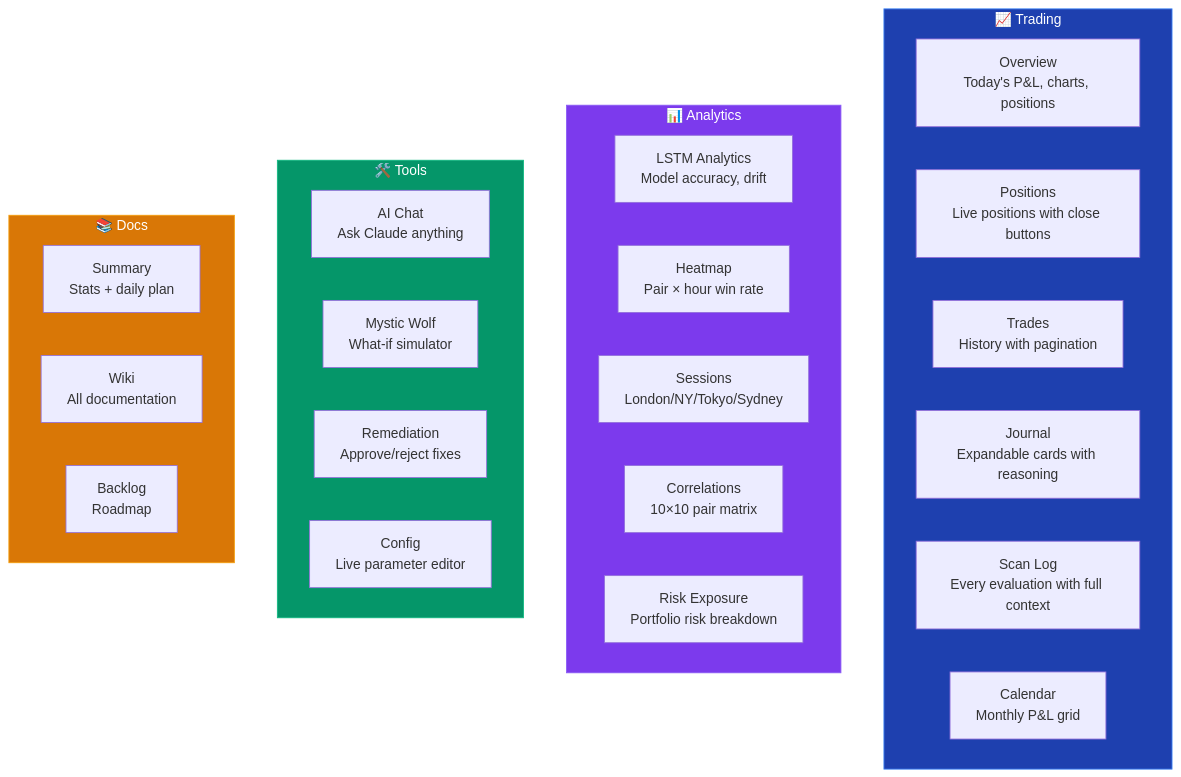
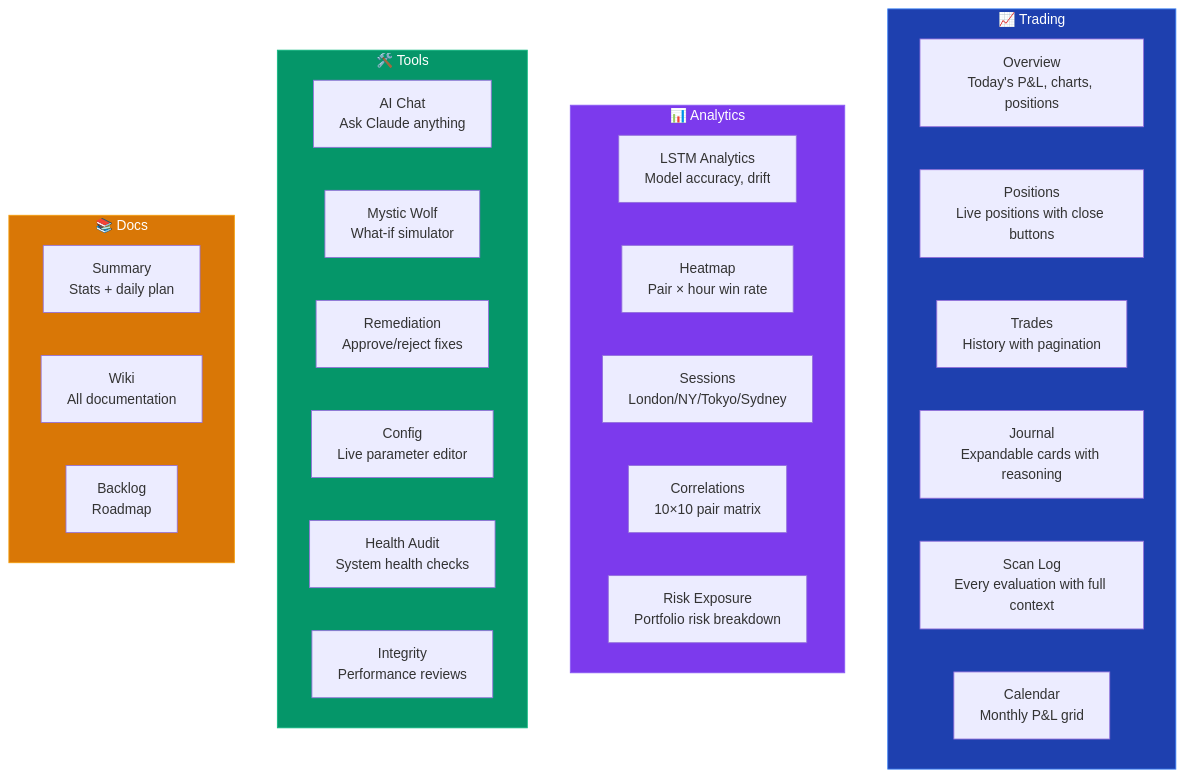
Before and after one commit to joegooderham/ai-trader-bot: the first of 2 diagrams in docs/Dashboard.md, drawn with Mermaid. The commit also changed other lines of this file and 8 other files, not shown here.

````diff
--- a/docs/Dashboard.md
+++ b/docs/Dashboard.md
@@ -9,37 +9,39 @@
 ```mermaid
 graph TB
     subgraph Trading["📈 Trading"]
         O["Overview<br/>Today's P&L, charts, positions"]
         P["Positions<br/>Live positions with close buttons"]
         T["Trades<br/>History with pagination"]
         J["Journal<br/>Expandable cards with reasoning"]
         S["Scan Log<br/>Every evaluation with full context"]
         CAL["Calendar<br/>Monthly P&L grid"]
     end
 
     subgraph Analytics["📊 Analytics"]
         LA["LSTM Analytics<br/>Model accuracy, drift"]
         HM["Heatmap<br/>Pair × hour win rate"]
         SESS["Sessions<br/>London/NY/Tokyo/Sydney"]
         CORR["Correlations<br/>10×10 pair matrix"]
         RISK["Risk Exposure<br/>Portfolio risk breakdown"]
     end
 
     subgraph Tools["🛠️ Tools"]
         CHAT["AI Chat<br/>Ask Claude anything"]
         MW["Mystic Wolf<br/>What-if simulator"]
         REM["Remediation<br/>Approve/reject fixes"]
         CONF["Config<br/>Live parameter editor"]
+        HEALTH["Health Audit<br/>System health checks"]
+        INTEG["Integrity<br/>Performance reviews"]
     end
 
     subgraph Docs["📚 Docs"]
         SUM["Summary<br/>Stats + daily plan"]
         WIKI["Wiki<br/>All documentation"]
         BL["Backlog<br/>Roadmap"]
     end
 
     style Trading fill:#1e40af,stroke:#3b82f6,color:#fff
     style Analytics fill:#7c3aed,stroke:#8b5cf6,color:#fff
     style Tools fill:#059669,stroke:#10b981,color:#fff
     style Docs fill:#d97706,stroke:#f59e0b,color:#fff
 ```
````
